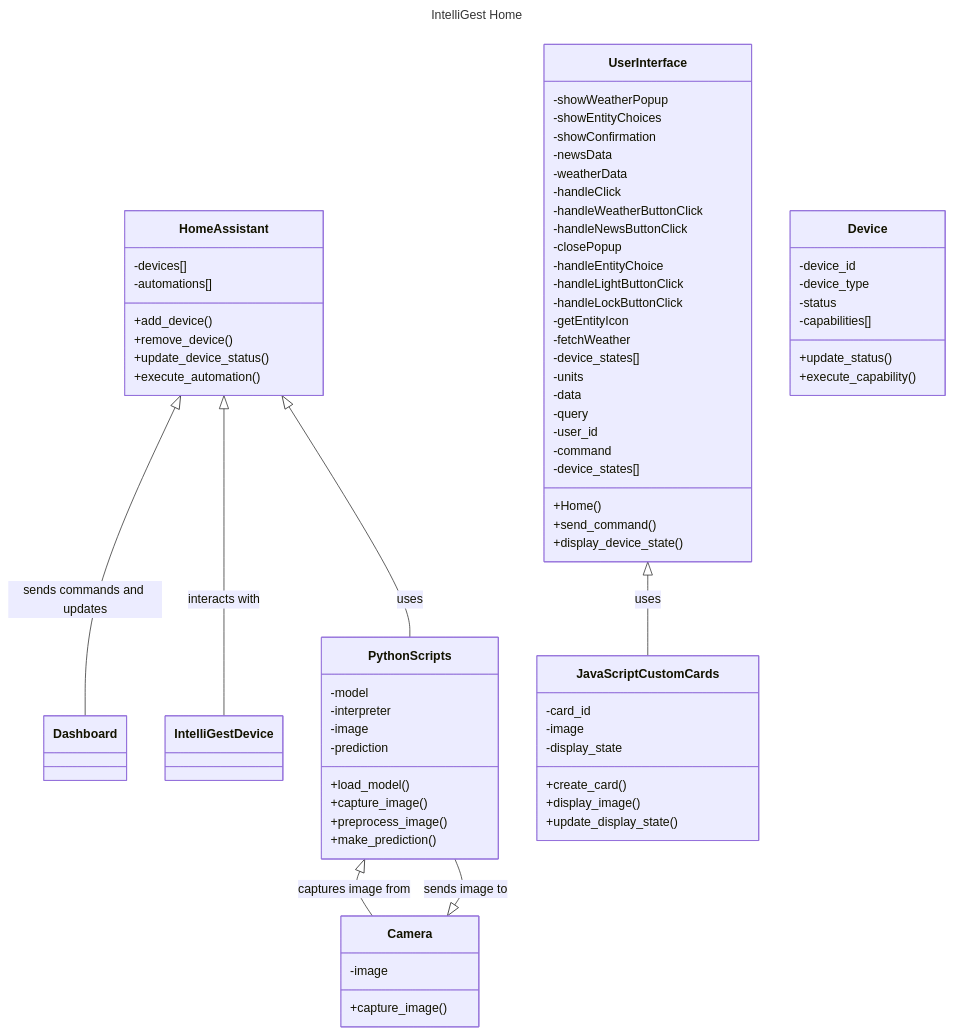
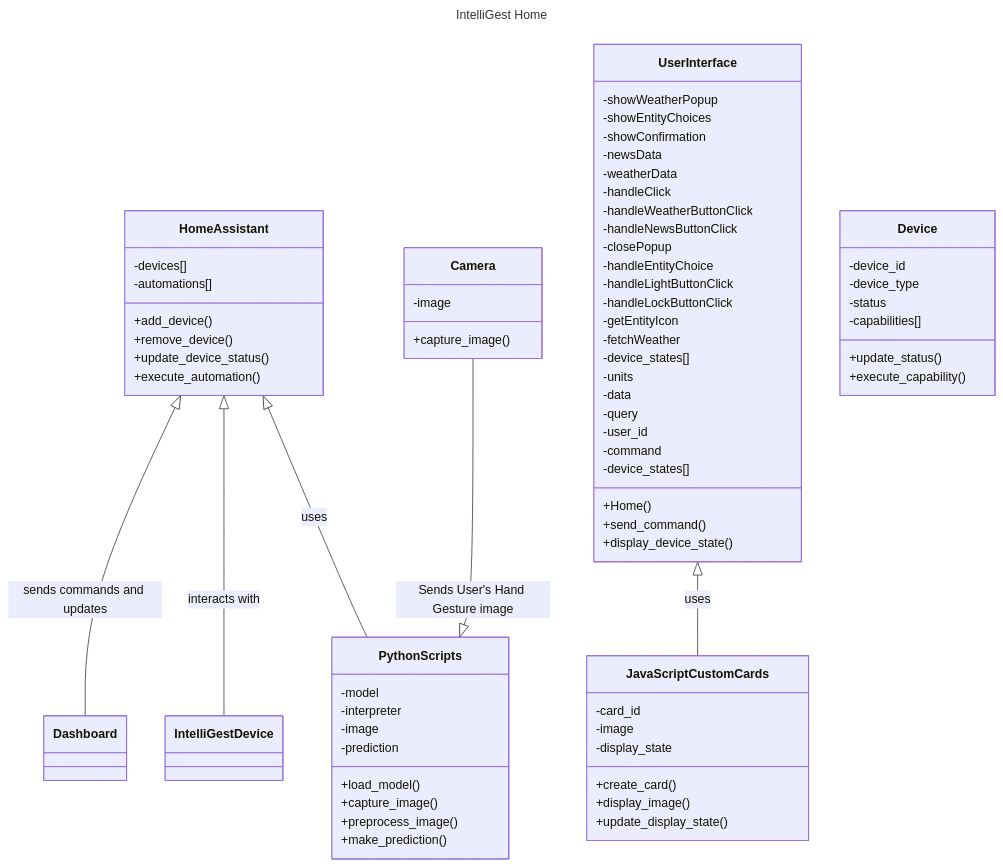
One commit to Capstone-Projects-2024-Spring/project-intelligest-smart-home changed the diagram in documentation/docs/system-architecture/class-diagram.md. Above: the diagram before and after it, drawn with Mermaid. The commit also changed other lines of this file, not shown here.

Commit message:
updating class diagram

````diff
--- a/documentation/docs/system-architecture/class-diagram.md
+++ b/documentation/docs/system-architecture/class-diagram.md
@@ -35,77 +35,76 @@
 ```mermaid
 ---
 title: IntelliGest Home
 ---
 
 classDiagram
     HomeAssistant <|-- Dashboard : sends commands and updates
     HomeAssistant <|-- IntelliGestDevice : interacts with
     HomeAssistant <|-- PythonScripts : uses
     UserInterface <|-- JavaScriptCustomCards : uses
-    PythonScripts <|-- Camera : captures image from
-    Camera <|-- PythonScripts : sends image to
+    Camera --|> PythonScripts : Sends User's Hand Gesture image
     class HomeAssistant {
         -devices[]
         -automations[]
         +add_device()
         +remove_device()
         +update_device_status()
         +execute_automation()
     }
     class UserInterface {
         -showWeatherPopup
         -showEntityChoices
         -showConfirmation
         -newsData
         -weatherData
         -handleClick
         -handleWeatherButtonClick
         -handleNewsButtonClick
         -closePopup
         -handleEntityChoice
         -handleLightButtonClick
         -handleLockButtonClick
         -getEntityIcon
         -fetchWeather
         -device_states[]
         -units
         -data
         -query
         -user_id
         -command
         -device_states[]
         +Home()
         +send_command()
         +display_device_state()
     }
     class Device {
         -device_id
         -device_type
         -status
         -capabilities[]
         +update_status()
         +execute_capability()
     }
     class PythonScripts {
         -model
         -interpreter
         -image
         -prediction
         +load_model()
         +capture_image()
         +preprocess_image()
         +make_prediction()
     }
     class JavaScriptCustomCards {
         -card_id
         -image
         -display_state
         +create_card()
         +display_image()
         +update_display_state()
     }
     class Camera {
         -image
         +capture_image()
     }
 ```
````
